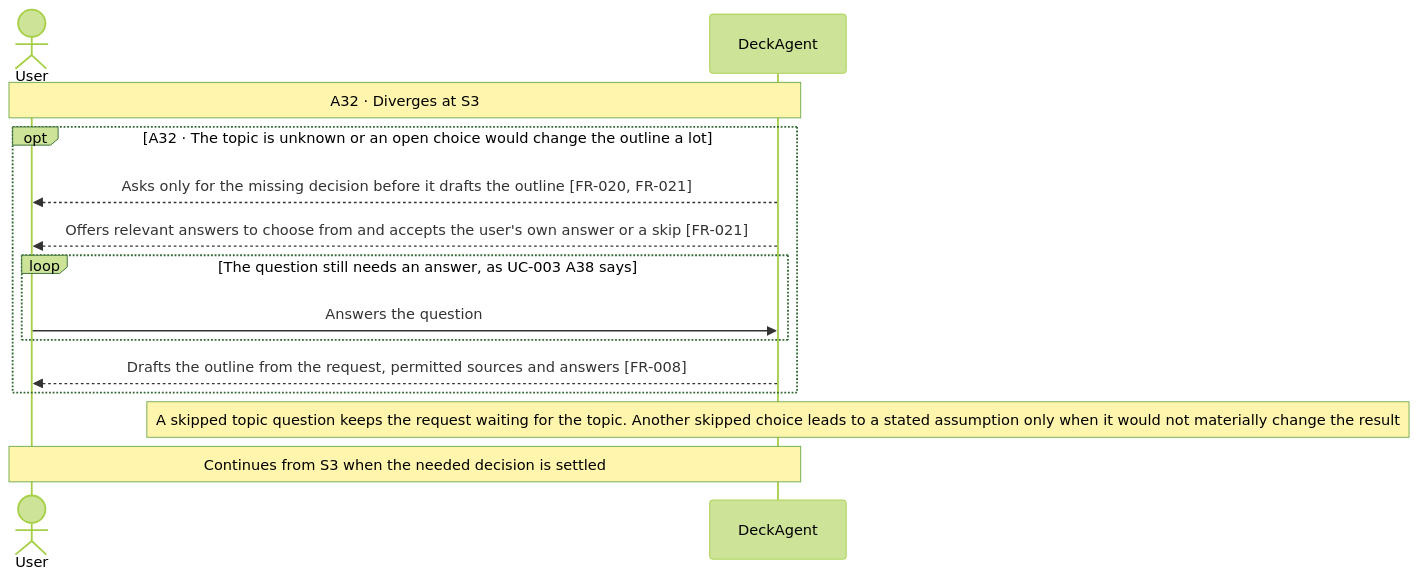
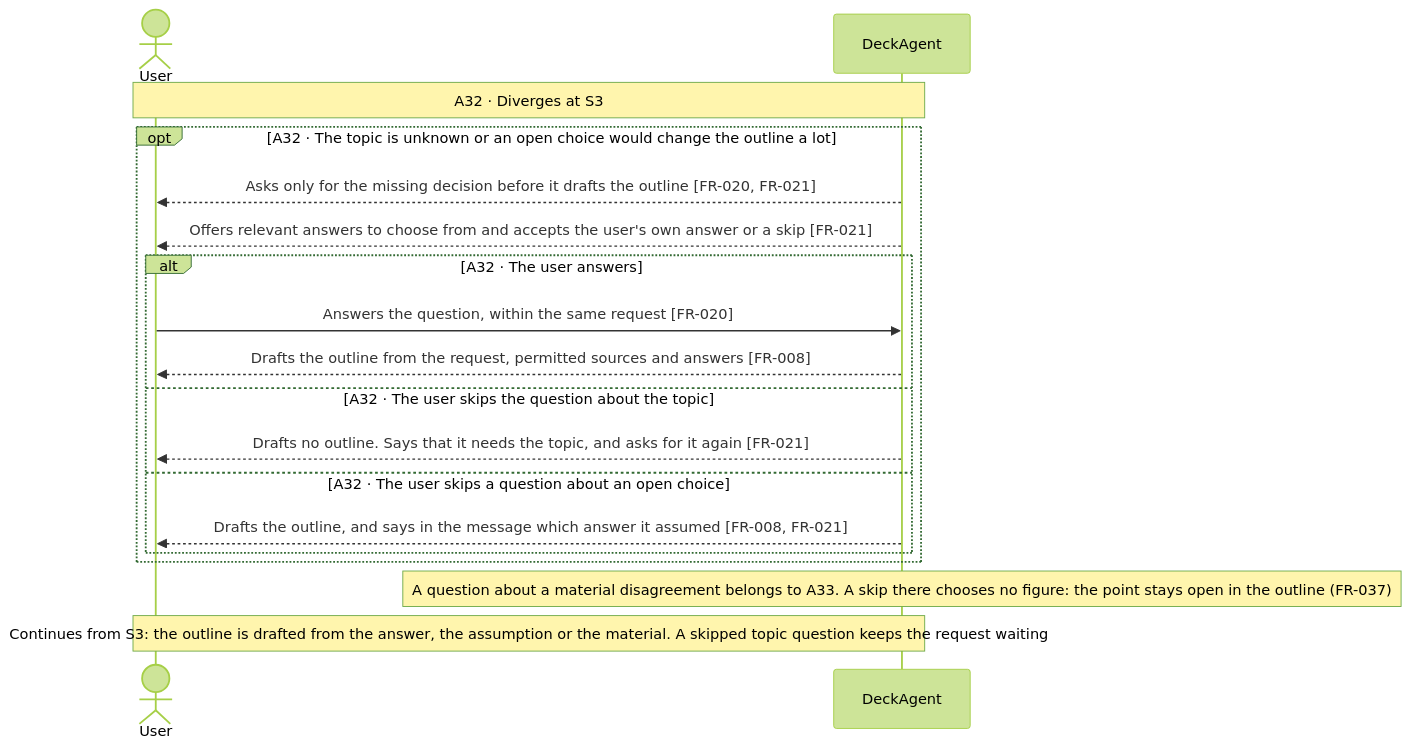
Before and after one commit to Luke23127006/DeckAgent: diagram 16 of 23 in docs/spec/03-use-cases/UC-001.md, drawn with Mermaid (forest theme). The commit also changed 5 other files, not shown here.

````diff
--- a/docs/spec/03-use-cases/UC-001.md
+++ b/docs/spec/03-use-cases/UC-001.md
@@ -276,16 +276,20 @@
 ```mermaid
 sequenceDiagram
     actor User
     participant DeckAgent
     Note over User,DeckAgent: A32 · Diverges at S3
     opt A32 · The topic is unknown or an open choice would change the outline a lot
         DeckAgent-->>User: Asks only for the missing decision before it drafts the outline [FR-020, FR-021]
         DeckAgent-->>User: Offers relevant answers to choose from and accepts the user's own answer or a skip [FR-021]
-        loop The question still needs an answer, as UC-003 A38 says
-            User->>DeckAgent: Answers the question
+        alt A32 · The user answers
+            User->>DeckAgent: Answers the question, within the same request [FR-020]
+            DeckAgent-->>User: Drafts the outline from the request, permitted sources and answers [FR-008]
+        else A32 · The user skips the question about the topic
+            DeckAgent-->>User: Drafts no outline. Says that it needs the topic, and asks for it again [FR-021]
+        else A32 · The user skips a question about an open choice
+            DeckAgent-->>User: Drafts the outline, and says in the message which answer it assumed [FR-008, FR-021]
         end
-        DeckAgent-->>User: Drafts the outline from the request, permitted sources and answers [FR-008]
     end
-    note over DeckAgent: A skipped topic question keeps the request waiting for the topic. Another skipped choice leads to a stated assumption only when it would not materially change the result
-    Note over User,DeckAgent: Continues from S3 when the needed decision is settled
+    note over DeckAgent: A question about a material disagreement belongs to A33. A skip there chooses no figure: the point stays open in the outline (FR-037)
+    Note over User,DeckAgent: Continues from S3: the outline is drafted from the answer, the assumption or the material. A skipped topic question keeps the request waiting
 ```
````
